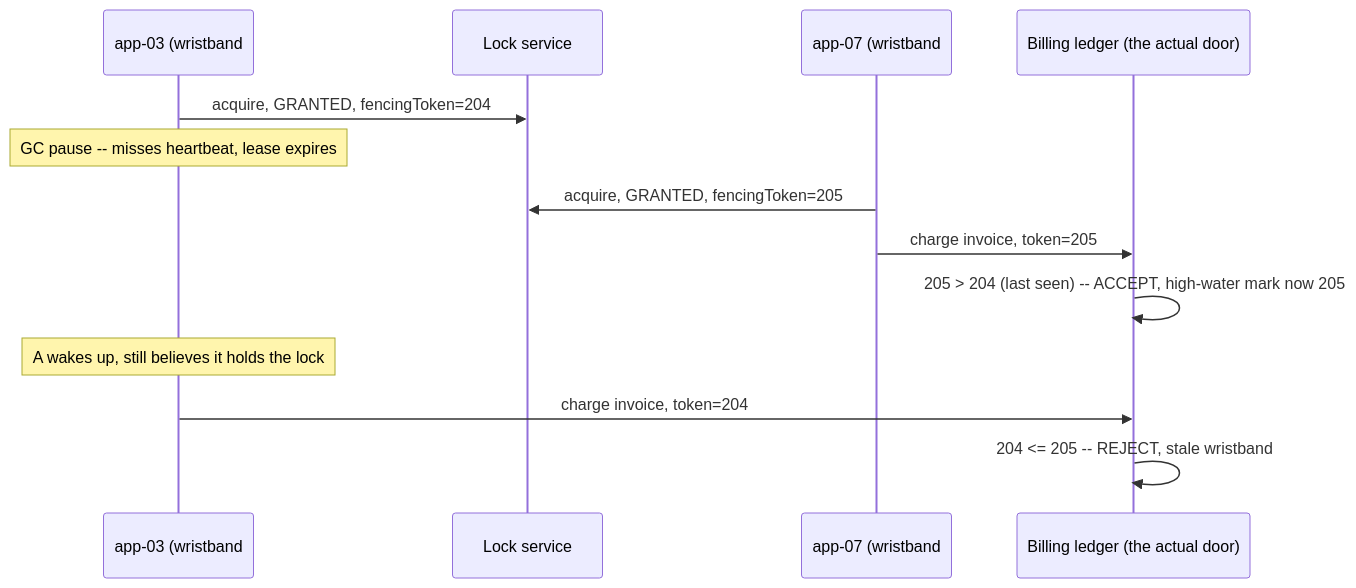
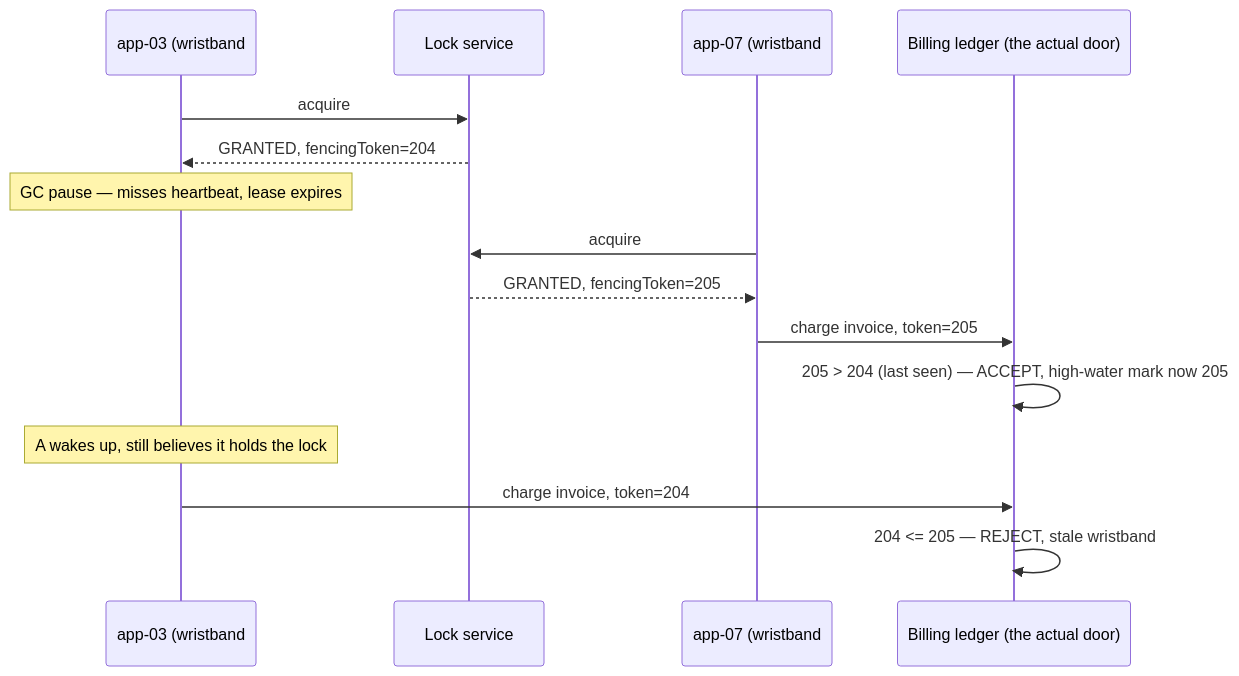
One commit to riyaz-pasha/Learnings changed the fourth of 10 diagrams in system-design/HLD/0-course/61-Design-a-Global-Distributed-Lock-Service-FAANG-Guide-story.md. Above: the diagram before and after it, drawn with Mermaid. The commit also changed other lines of this file and 1 other file, not shown here.

Commit message:
[REWRITE] Global Distributed Lock Service story guide: simplify prose, add structure, fix diagrams

````diff
--- a/system-design/HLD/0-course/61-Design-a-Global-Distributed-Lock-Service-FAANG-Guide-story.md
+++ b/system-design/HLD/0-course/61-Design-a-Global-Distributed-Lock-Service-FAANG-Guide-story.md
@@ -154,16 +255,18 @@
 ```mermaid
 sequenceDiagram
     participant A as app-03 (wristband #204)
     participant Lock as Lock service
     participant B as app-07 (wristband #205)
     participant Ledger as Billing ledger (the actual door)
 
-    A->>Lock: acquire, GRANTED, fencingToken=204
-    Note over A: GC pause -- misses heartbeat, lease expires
-    B->>Lock: acquire, GRANTED, fencingToken=205
+    A->>Lock: acquire
+    Lock-->>A: GRANTED, fencingToken=204
+    Note over A: GC pause — misses heartbeat, lease expires
+    B->>Lock: acquire
+    Lock-->>B: GRANTED, fencingToken=205
     B->>Ledger: charge invoice, token=205
-    Ledger->>Ledger: 205 > 204 (last seen) -- ACCEPT, high-water mark now 205
+    Ledger->>Ledger: 205 > 204 (last seen) — ACCEPT, high-water mark now 205
     Note over A: A wakes up, still believes it holds the lock
     A->>Ledger: charge invoice, token=204
-    Ledger->>Ledger: 204 <= 205 -- REJECT, stale wristband
+    Ledger->>Ledger: 204 <= 205 — REJECT, stale wristband
 ```
````
